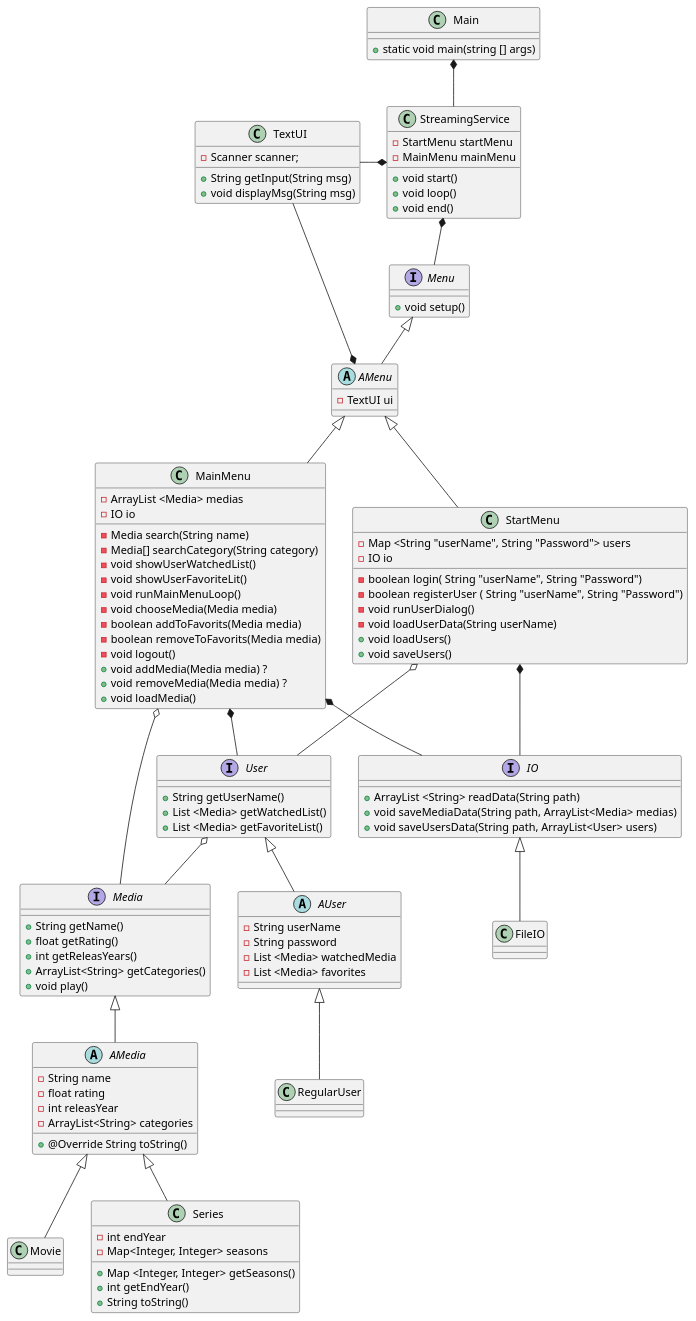
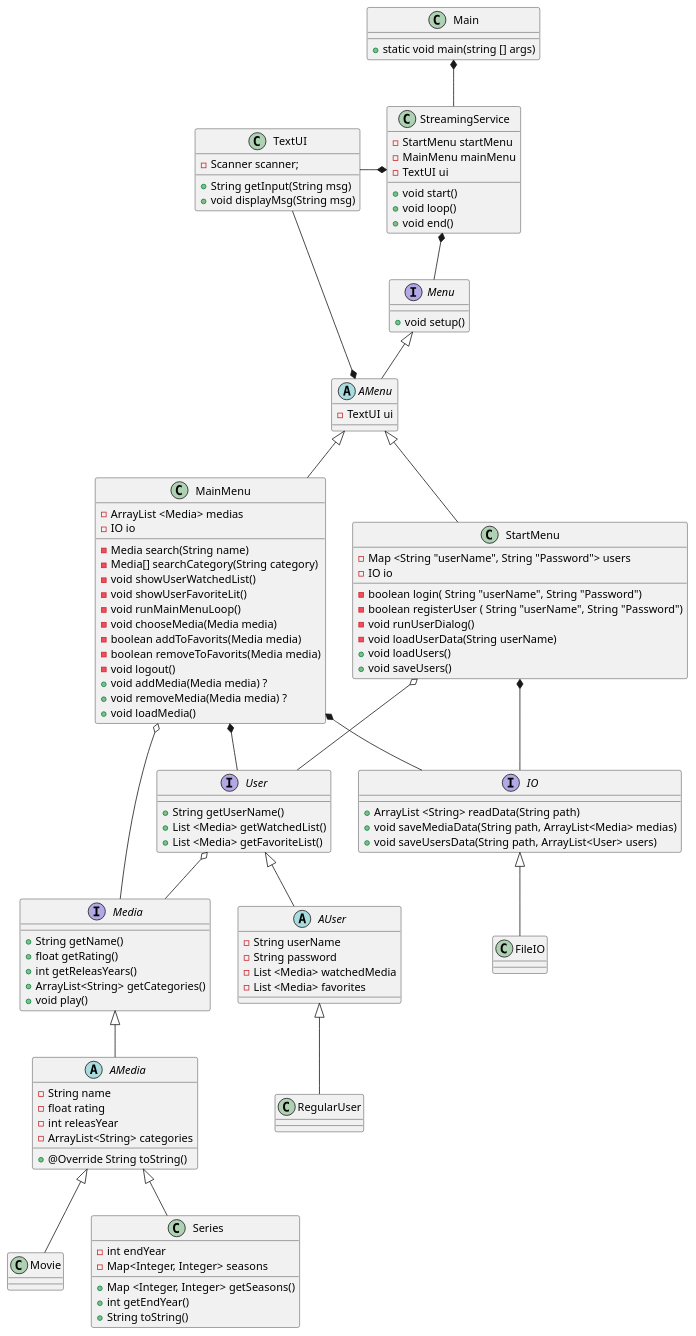
One commit to Shiihon/SP3_plus changed the diagram in doc/dynamic/sequence.puml. Above: the diagram before and after it, drawn with PlantUML.

Commit message:
Update sequence diagram

```diff
--- a/doc/dynamic/sequence.puml
+++ b/doc/dynamic/sequence.puml
@@ -1,130 +1,131 @@
 @startuml
 class Main
 class StreamingService
 interface Menu
 abstract class AMenu
 class StartMenu
 class MainMenu
 interface User
 abstract class AUser
 class RegularUser
 interface Media
 abstract class AMedia
 class Movie
 class Series
 interface IO
 class FileIO
 class TextUI
 
 Main *-- StreamingService
 StreamingService *-- Menu
 Menu <|-- AMenu
 AMenu <|-- StartMenu
 AMenu <|-- MainMenu
 AMenu *-- TextUI
 StartMenu *-- IO
 MainMenu *-- IO
 IO <|-- FileIO
 StartMenu o-- User
 MainMenu *-- User
 User <|-- AUser
 AUser <|-- RegularUser
 MainMenu o-- Media
 User o-- Media
 Media <|-- AMedia
 AMedia <|-- Movie
 AMedia <|-- Series
 
 
 Main : + static void main(string [] args)
 
 
 StreamingService : - StartMenu startMenu
 StreamingService : - MainMenu mainMenu
+StreamingService : - TextUI ui
 
 StreamingService : + void start()
 StreamingService : + void loop()
 StreamingService : + void end()
 
 
 StreamingService *-l- TextUI
 
 
 Menu : + void setup()
 
 
 AMenu : - TextUI ui
 
 
 StartMenu : - Map <String "userName", String "Password"> users
 StartMenu : - IO io
 
 StartMenu : - boolean login( String "userName", String "Password")
 StartMenu : - boolean registerUser ( String "userName", String "Password")
 StartMenu : - void runUserDialog()
 StartMenu : - void loadUserData(String userName)
 StartMenu : + void loadUsers()
 StartMenu : + void saveUsers()
 
 
 MainMenu : - ArrayList <Media> medias
 MainMenu : - IO io
 
 MainMenu : - Media search(String name)
 MainMenu : - Media[] searchCategory(String category)
 MainMenu : - void showUserWatchedList()
 MainMenu : - void showUserFavoriteLit()
 MainMenu : - void runMainMenuLoop()
 MainMenu : - void chooseMedia(Media media)
 MainMenu : - boolean addToFavorits(Media media)
 MainMenu : - boolean removeToFavorits(Media media)
 MainMenu : - void logout()
 MainMenu : + void addMedia(Media media) ?
 MainMenu : + void removeMedia(Media media) ?
 MainMenu : + void loadMedia()
 
 
 User : + String getUserName()
 User : + List <Media> getWatchedList()
 User : + List <Media> getFavoriteList()
 
 
 AUser : - String userName
 AUser : - String password
 AUser : - List <Media> watchedMedia
 AUser : - List <Media> favorites
 
 
 Media : + String getName()
 Media : + float getRating()
 Media : + int getReleasYears()
 Media : + ArrayList<String> getCategories()
 Media : + void play()
 
 
 AMedia : - String name
 AMedia : - float rating
 AMedia : - int releasYear
 AMedia : - ArrayList<String> categories
 
 AMedia : + @Override String toString()
 
 
 Series : - int endYear
 Series : - Map<Integer, Integer> seasons
 Series : + Map <Integer, Integer> getSeasons()
 
 Series : + int getEndYear()
 Series : + String toString()
 
 
 IO : + ArrayList <String> readData(String path)
 IO : + void saveMediaData(String path, ArrayList<Media> medias)
 IO : + void saveUsersData(String path, ArrayList<User> users)
 
 TextUI : - Scanner scanner;
 
 TextUI : + String getInput(String msg)
 TextUI : + void displayMsg(String msg)
 
 @enduml
```
